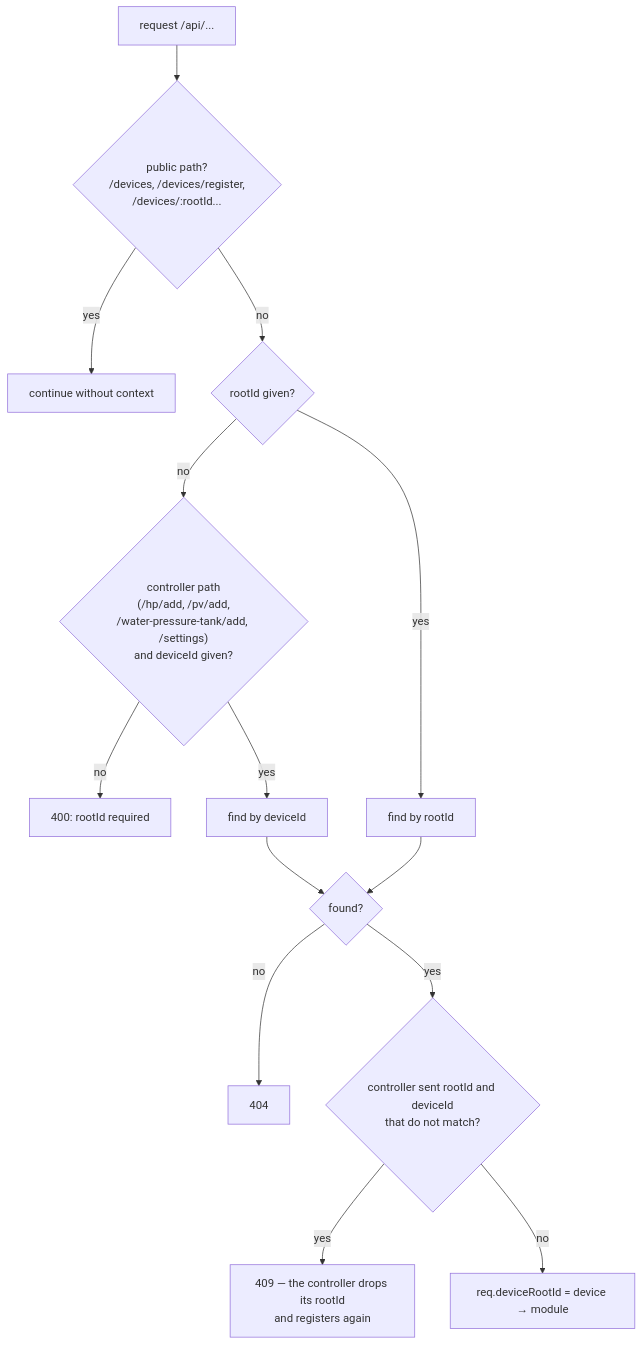
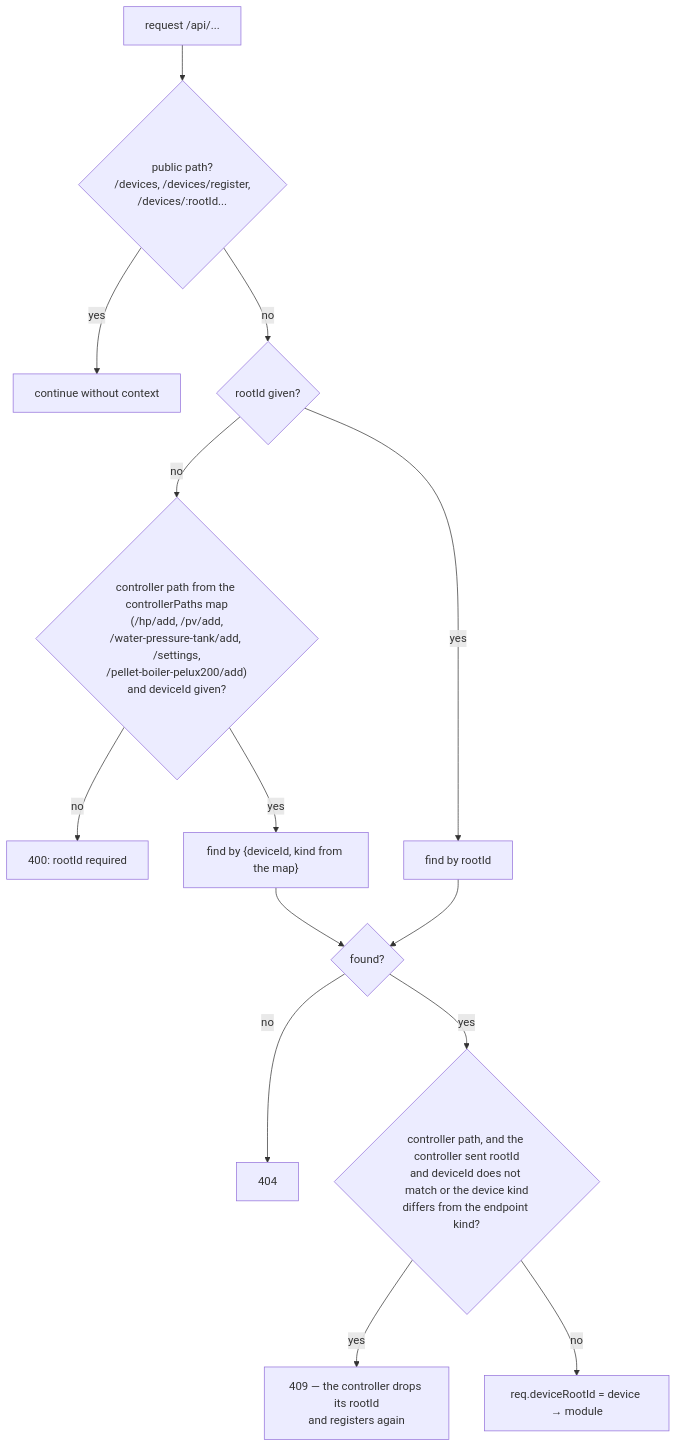
One commit to robertorlowski/chpc-web changed the fourth of 6 diagrams in docs/en/moduly/core/2-how-it-works.md. Above: the diagram before and after it, drawn with Mermaid. The commit also changed other lines of this file and 78 other files, not shown here.

````diff
--- a/docs/en/moduly/core/2-how-it-works.md
+++ b/docs/en/moduly/core/2-how-it-works.md
@@ -78,16 +95,16 @@
 ```mermaid
 flowchart TD
     A["request /api/..."] --> B{"public path?<br/>/devices, /devices/register,<br/>/devices/:rootId..."}
     B -- yes --> OK["continue without context"]
     B -- no --> C{"rootId given?"}
-    C -- no --> D{"controller path<br/>(/hp/add, /pv/add,<br/>/water-pressure-tank/add, /settings)<br/>and deviceId given?"}
+    C -- no --> D{"controller path from the controllerPaths map<br/>(/hp/add, /pv/add,<br/>/water-pressure-tank/add, /settings,<br/>/pellet-boiler-pelux200/add)<br/>and deviceId given?"}
     D -- no --> E400["400: rootId required"]
-    D -- yes --> F["find by deviceId"]
+    D -- yes --> F["find by {deviceId, kind from the map}"]
     C -- yes --> G["find by rootId"]
     F --> H{"found?"}
     G --> H
     H -- no --> E404["404"]
-    H -- yes --> I{"controller sent rootId and deviceId<br/>that do not match?"}
+    H -- yes --> I{"controller path, and the controller sent rootId<br/>and deviceId does not match or the device kind<br/>differs from the endpoint kind?"}
     I -- yes --> E409["409 — the controller drops its rootId<br/>and registers again"]
     I -- no --> J["req.deviceRootId = device → module"]
 ```
````
